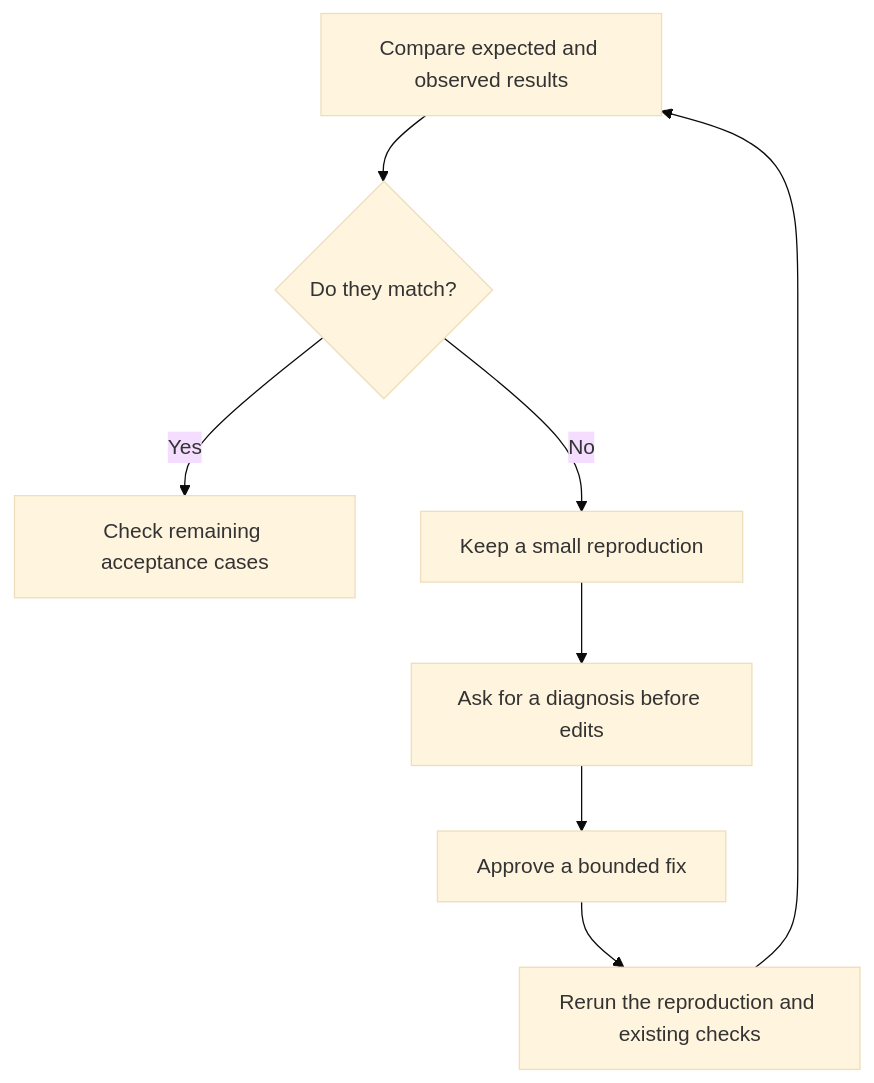
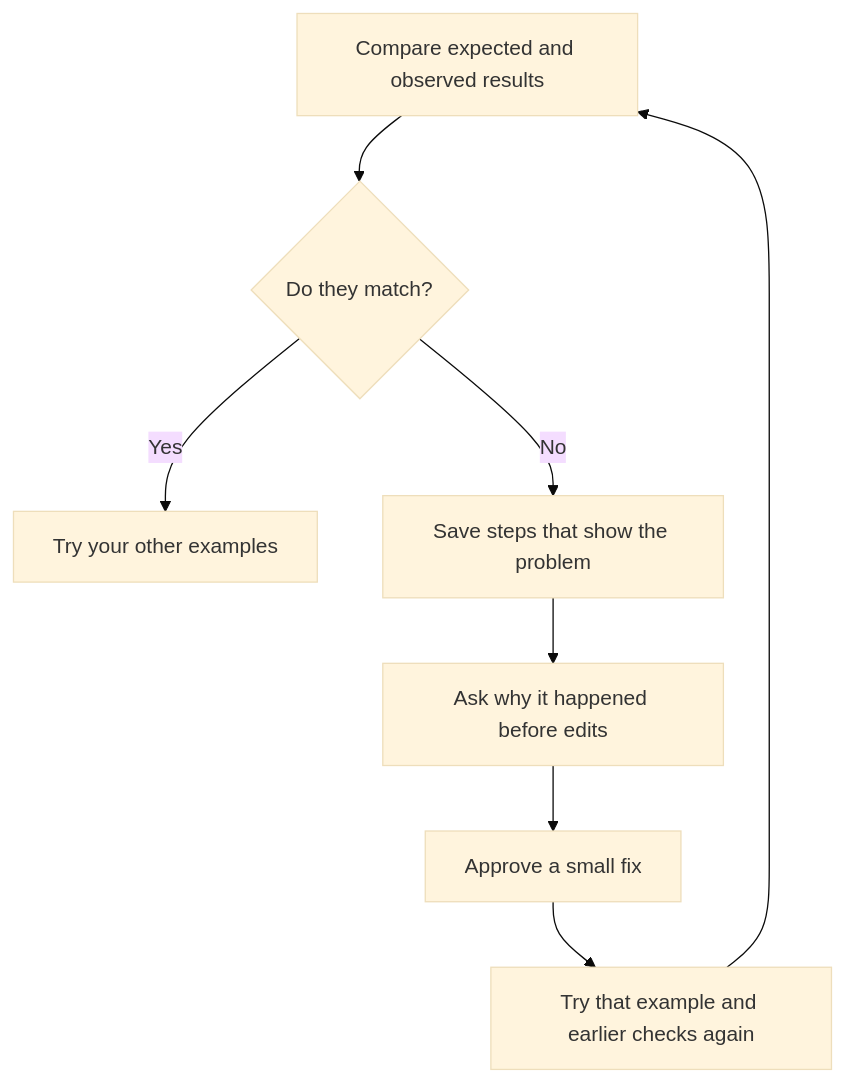
Before and after one commit to cristianandfriends/say-it-then-ship-it: the diagram in lab/debug-agent-work.md, drawn with Mermaid (base theme). The commit also changed other lines of this file and 12 other files, not shown here.

````diff
--- a/lab/debug-agent-work.md
+++ b/lab/debug-agent-work.md
@@ -29,12 +29,12 @@
 ```mermaid
 flowchart TD
-    accTitle: Reproduce and check a bounded fix
-    accDescr: You compare expected and observed behavior, reproduce a mismatch with fixture data, and ask for a scoped diagnosis. An implementer fixes a confirmed cause, then you rerun the reproduction and regression checks.
+    accTitle: Find a problem and check its fix
+    accDescr: You compare what happened with what you expected. If they differ, save the steps and ask for an explanation before approving a fix. Try the original example and earlier checks after the fix.
     compare["Compare expected and observed results"] --> match{"Do they match?"}
-    match -->|Yes| remaining["Check remaining acceptance cases"]
-    match -->|No| reproduce["Keep a small reproduction"]
-    reproduce --> diagnose["Ask for a diagnosis before edits"]
-    diagnose --> fix["Approve a bounded fix"]
-    fix --> rerun["Rerun the reproduction and existing checks"]
+    match -->|Yes| remaining["Try your other examples"]
+    match -->|No| reproduce["Save steps that show the problem"]
+    reproduce --> diagnose["Ask why it happened before edits"]
+    diagnose --> fix["Approve a small fix"]
+    fix --> rerun["Try that example and earlier checks again"]
     rerun --> compare
 ```
````
